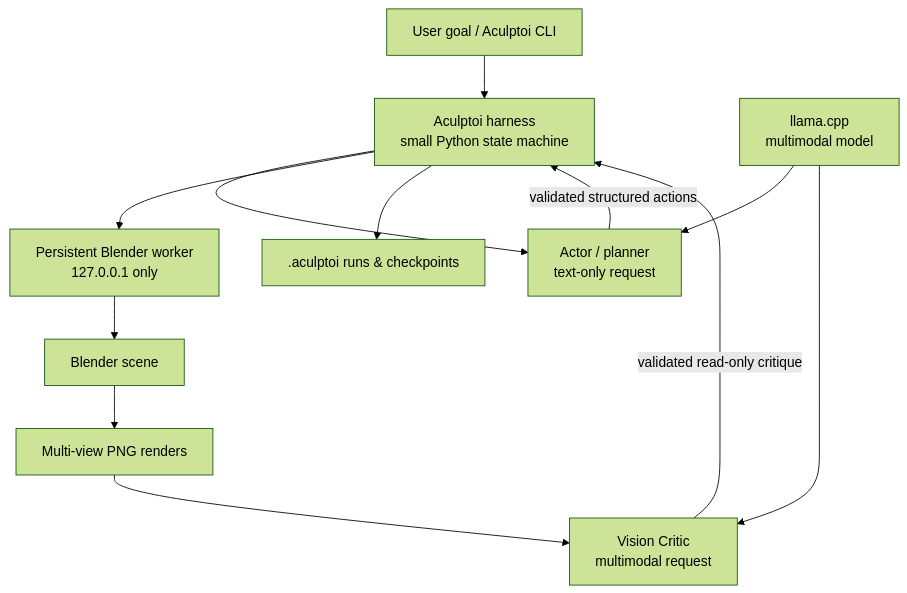
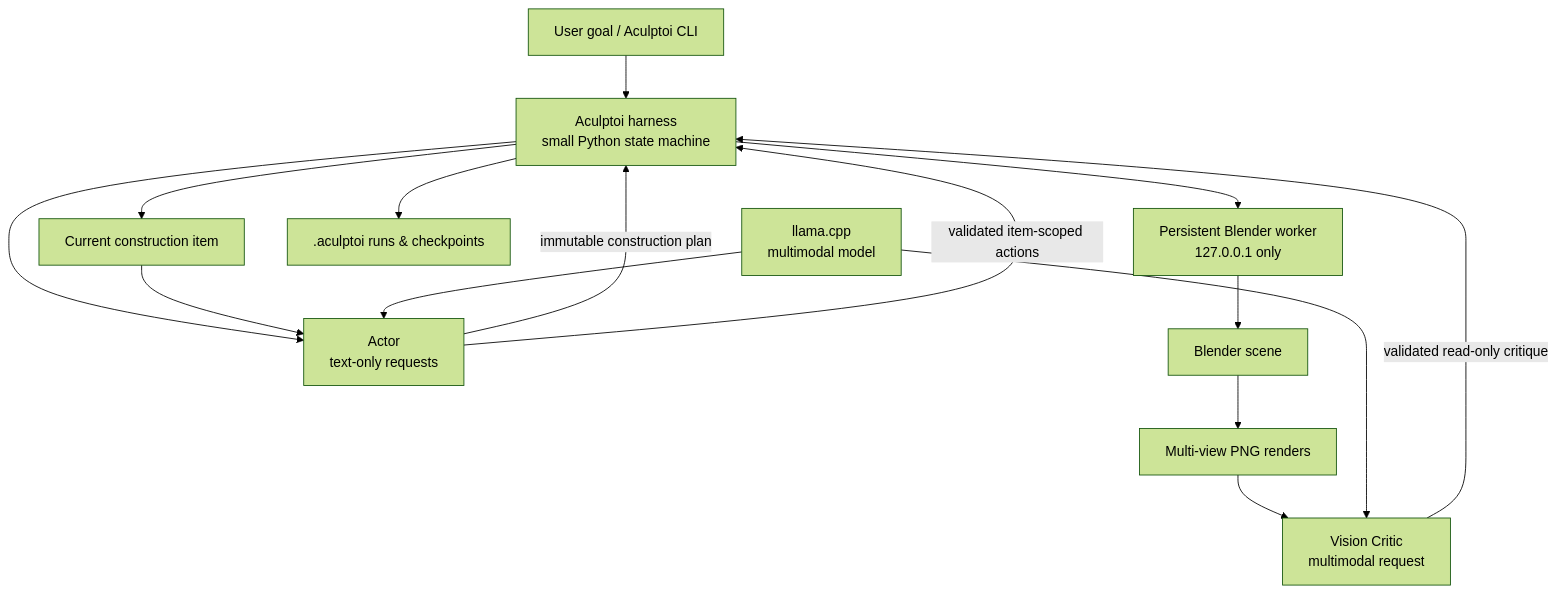
The diagram in README.md (ifranlaloe/Aculptoi), drawn with Mermaid (forest theme) before and after one commit. The commit also changed other lines of this file and 21 other files, not shown here.

Commit message:
Adopt plan-first work-item execution

````diff
--- a/README.md
+++ b/README.md
@@ -29,14 +29,17 @@
 ```mermaid
 flowchart TD
     U[User goal / Aculptoi CLI] --> H[Aculptoi harness\nsmall Python state machine]
-    H --> A[Actor / planner\ntext-only request]
-    A -->|validated structured actions| H
+    H --> A[Actor\ntext-only requests]
+    A -->|immutable construction plan| H
+    H --> I[Current construction item]
+    I --> A
+    A -->|validated item-scoped actions| H
     H --> W[Persistent Blender worker\n127.0.0.1 only]
     W --> B[Blender scene]
     B --> R[Multi-view PNG renders]
     R --> V[Vision Critic\nmultimodal request]
     V -->|validated read-only critique| H
     H --> C[.aculptoi runs & checkpoints]
     M[llama.cpp\nmultimodal model] --> A
     M --> V
 ```
````
